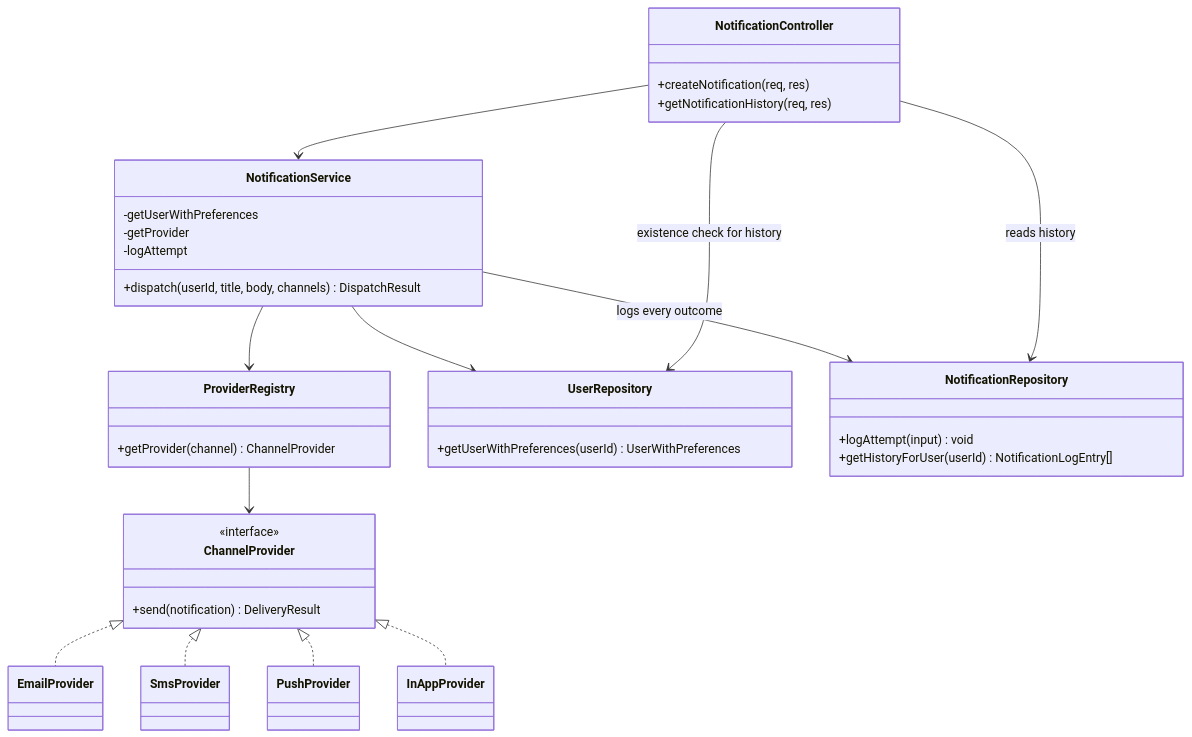
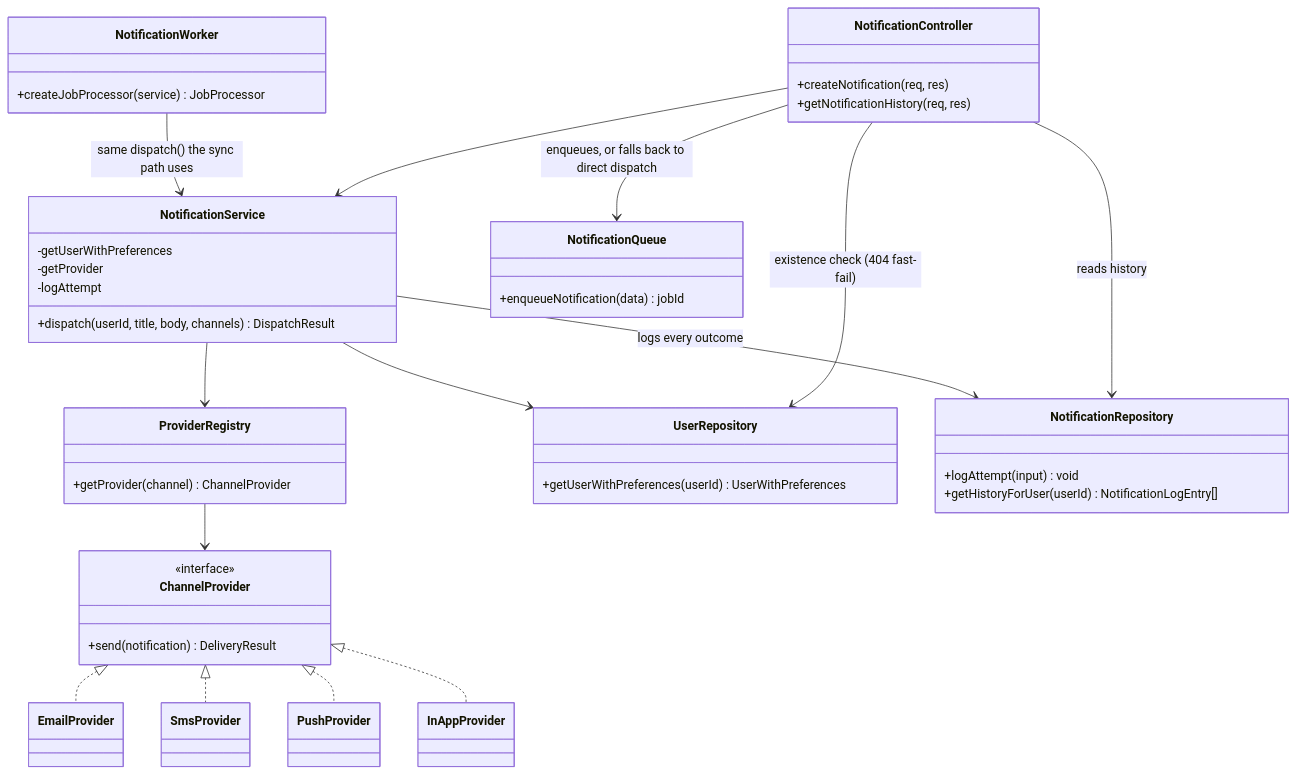
Before and after one commit to naresh-mahiya/unified-notification-service: the third of 4 diagrams in README.md, drawn with Mermaid. The commit also changed other lines of this file and 12 other files, not shown here.

````diff
--- a/README.md
+++ b/README.md
@@ -315,43 +371,51 @@
 ```mermaid
 classDiagram
     class NotificationController {
         +createNotification(req, res)
         +getNotificationHistory(req, res)
     }
     class NotificationService {
         -getUserWithPreferences
         -getProvider
         -logAttempt
         +dispatch(userId, title, body, channels) DispatchResult
     }
     class ChannelProvider {
         <<interface>>
         +send(notification) DeliveryResult
     }
     class EmailProvider
     class SmsProvider
     class PushProvider
     class InAppProvider
     class ProviderRegistry {
         +getProvider(channel) ChannelProvider
     }
     class UserRepository {
         +getUserWithPreferences(userId) UserWithPreferences
     }
     class NotificationRepository {
         +logAttempt(input) void
         +getHistoryForUser(userId) NotificationLogEntry[]
     }
+    class NotificationQueue {
+        +enqueueNotification(data) jobId
+    }
+    class NotificationWorker {
+        +createJobProcessor(service) JobProcessor
+    }
 
     NotificationController --> NotificationService
-    NotificationController --> UserRepository : existence check for history
+    NotificationController --> UserRepository : existence check (404 fast-fail)
     NotificationController --> NotificationRepository : reads history
+    NotificationController --> NotificationQueue : enqueues, or falls back to direct dispatch
+    NotificationWorker --> NotificationService : same dispatch() the sync path uses
     NotificationService --> UserRepository
     NotificationService --> ProviderRegistry
     NotificationService --> NotificationRepository : logs every outcome
     ProviderRegistry --> ChannelProvider
     ChannelProvider <|.. EmailProvider
     ChannelProvider <|.. SmsProvider
     ChannelProvider <|.. PushProvider
     ChannelProvider <|.. InAppProvider
 ```
````
